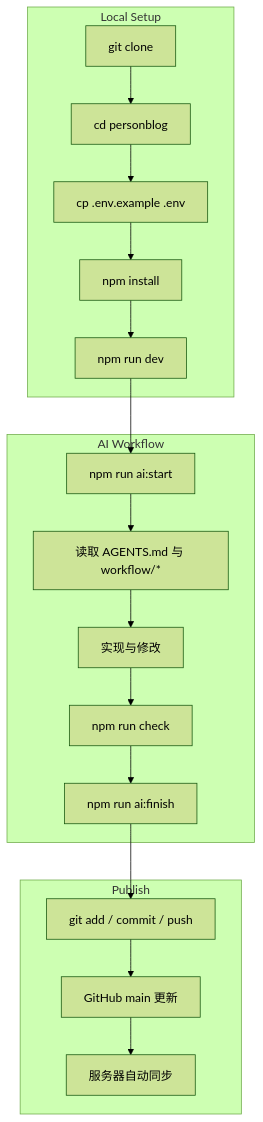
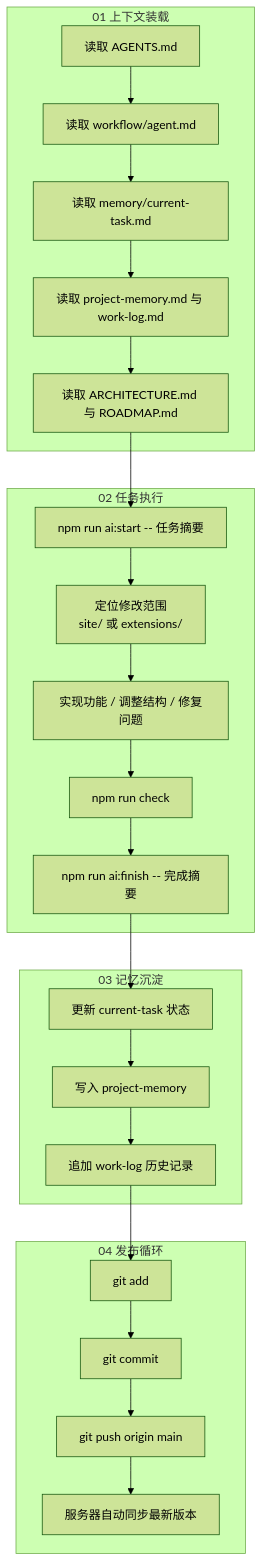
One commit to 1218594966/blog changed the second of 2 diagrams in README.md. Above: the diagram before and after it, drawn with Mermaid (forest theme). The commit also changed other lines of this file and 9 other files, not shown here.

````diff
--- a/README.md
+++ b/README.md
@@ -191,28 +135,36 @@
 ```mermaid
-flowchart TB
-    subgraph L["Local Setup"]
-        L1["git clone"]
-        L2["cd personblog"]
-        L3["cp .env.example .env"]
-        L4["npm install"]
-        L5["npm run dev"]
+flowchart TD
+    subgraph A["01 上下文装载"]
+        A1["读取 AGENTS.md"]
+        A2["读取 workflow/agent.md"]
+        A3["读取 memory/current-task.md"]
+        A4["读取 project-memory.md 与 work-log.md"]
+        A5["读取 ARCHITECTURE.md 与 ROADMAP.md"]
     end
 
-    subgraph W["AI Workflow"]
-        W1["npm run ai:start"]
-        W2["读取 AGENTS.md 与 workflow/*"]
-        W3["实现与修改"]
-        W4["npm run check"]
-        W5["npm run ai:finish"]
+    subgraph B["02 任务执行"]
+        B1["npm run ai:start -- 任务摘要"]
+        B2["定位修改范围<br/>site/ 或 extensions/"]
+        B3["实现功能 / 调整结构 / 修复问题"]
+        B4["npm run check"]
+        B5["npm run ai:finish -- 完成摘要"]
     end
 
-    subgraph P["Publish"]
-        P1["git add / commit / push"]
-        P2["GitHub main 更新"]
-        P3["服务器自动同步"]
+    subgraph C["03 记忆沉淀"]
+        C1["更新 current-task 状态"]
+        C2["写入 project-memory"]
+        C3["追加 work-log 历史记录"]
     end
 
-    L1 --> L2 --> L3 --> L4 --> L5
-    L5 --> W1 --> W2 --> W3 --> W4 --> W5
-    W5 --> P1 --> P2 --> P3
+    subgraph D["04 发布循环"]
+        D1["git add"]
+        D2["git commit"]
+        D3["git push origin main"]
+        D4["服务器自动同步最新版本"]
+    end
+
+    A1 --> A2 --> A3 --> A4 --> A5 --> B1
+    B1 --> B2 --> B3 --> B4 --> B5
+    B5 --> C1 --> C2 --> C3 --> D1
+    D1 --> D2 --> D3 --> D4
 ```
````
